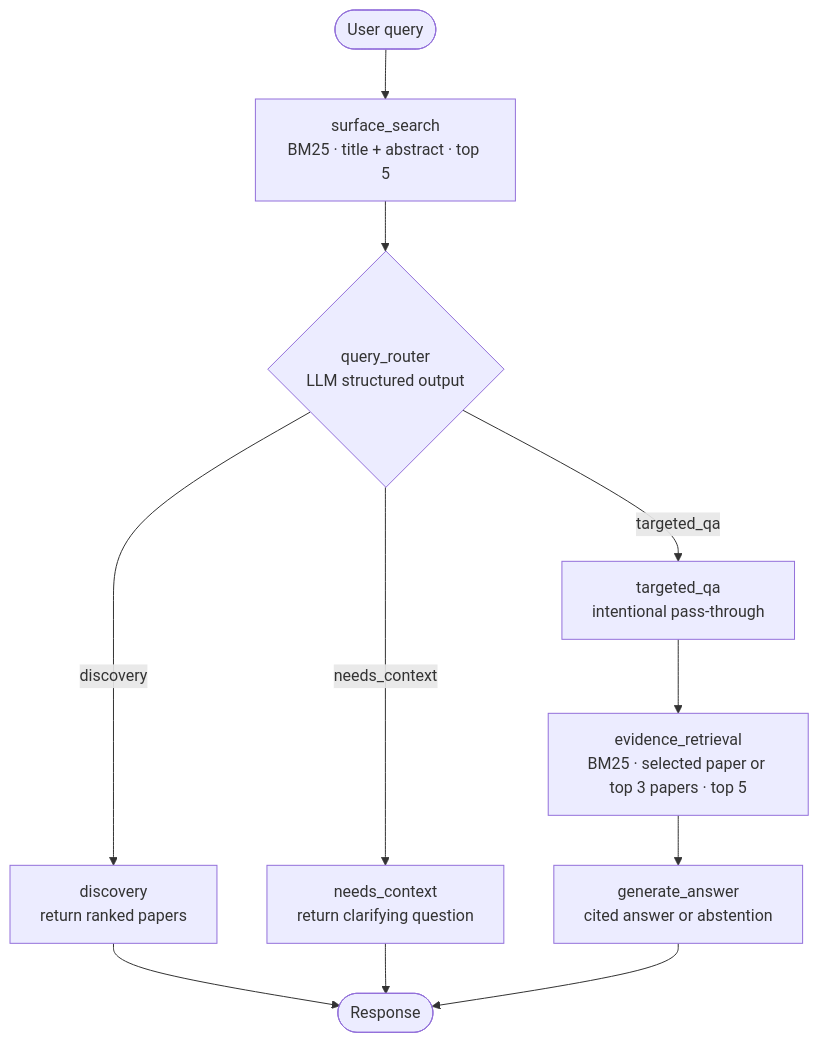
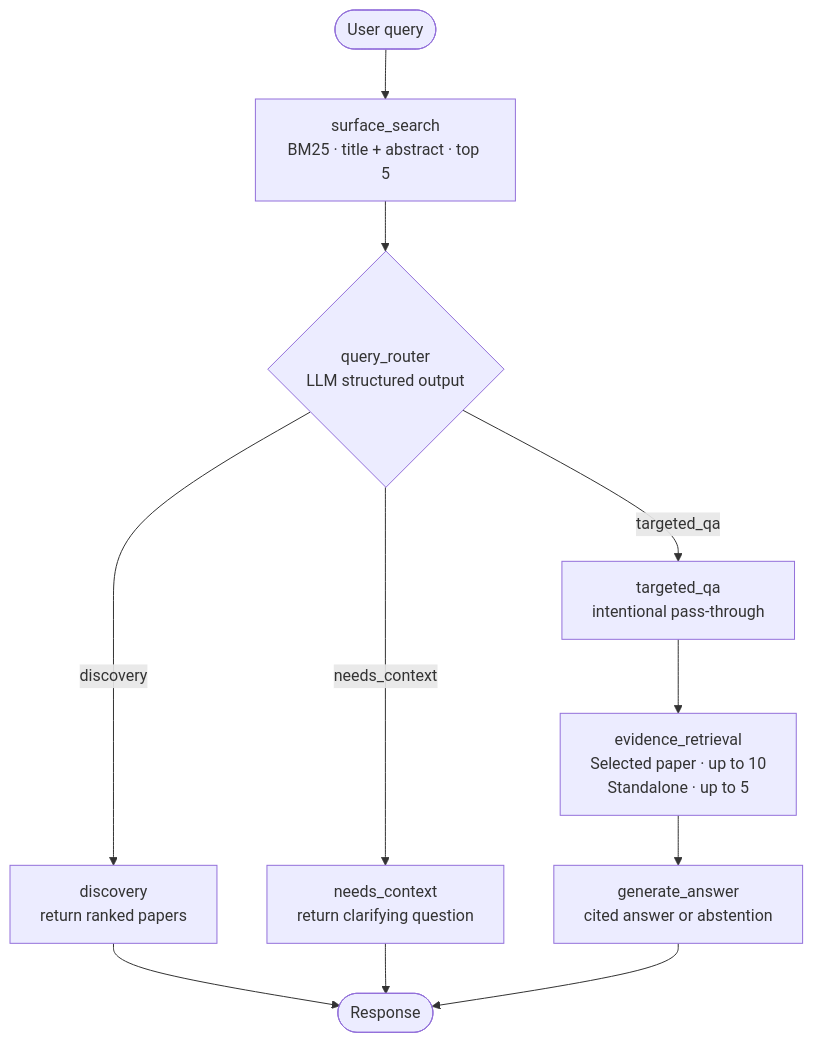
The diagram in README.md (ybai1110/PaperRAG), drawn with Mermaid before and after one commit. The commit also changed other lines of this file and 12 other files, not shown here.

````diff
--- a/README.md
+++ b/README.md
@@ -37,13 +37,13 @@
 ```mermaid
 flowchart TD
     A([User query]) --> B[surface_search<br/>BM25 · title + abstract · top 5]
     B --> C{query_router<br/>LLM structured output}
     C -->|discovery| D[discovery<br/>return ranked papers]
     C -->|needs_context| E[needs_context<br/>return clarifying question]
     C -->|targeted_qa| T[targeted_qa<br/>intentional pass-through]
-    T --> F[evidence_retrieval<br/>BM25 · selected paper or top 3 papers · top 5]
+    T --> F[evidence_retrieval<br/>Selected paper · up to 10<br/>Standalone · up to 5]
     F --> G[generate_answer<br/>cited answer or abstention]
     D --> H([Response])
     E --> H
     G --> H
 ```
````
